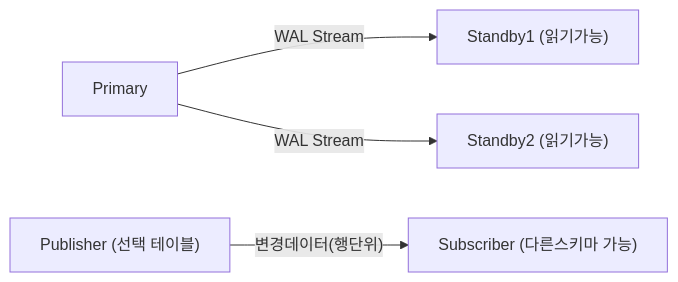
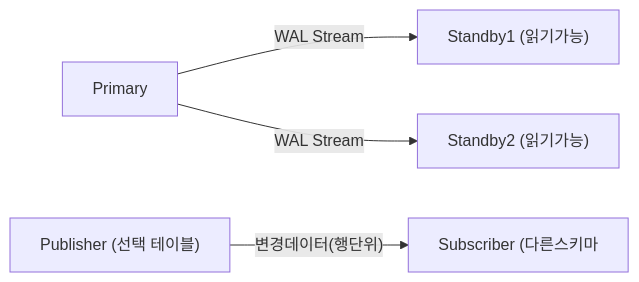
Before and after one commit to yjkim2015/yjkim2015.github.io: diagram 13 of 15 in _posts/db/2026-05-01-db-comparison.md, drawn with Mermaid. The commit also changed other lines of this file and 271 other files, not shown here.

First line of the commit message:
Mermaid 라벨 축소: 긴 노드 텍스트 18자 이하로 트림 + \n 제거

````diff
--- a/_posts/db/2026-05-01-db-comparison.md
+++ b/_posts/db/2026-05-01-db-comparison.md
@@ -400,6 +400,6 @@
 ```mermaid
 graph LR
     P1["Primary"] -->|WAL Stream| S1["Standby1 (읽기가능)"]
     P1 -->|WAL Stream| S2["Standby2 (읽기가능)"]
-    PUB["Publisher (선택 테이블)"] -->|"변경데이터(행단위)"| SUB["Subscriber (다른스키마 가능)"]
+    PUB["Publisher (선택 테이블)"] -->|"변경데이터(행단위)"| SUB["Subscriber (다른스키마"]
 ```
````
